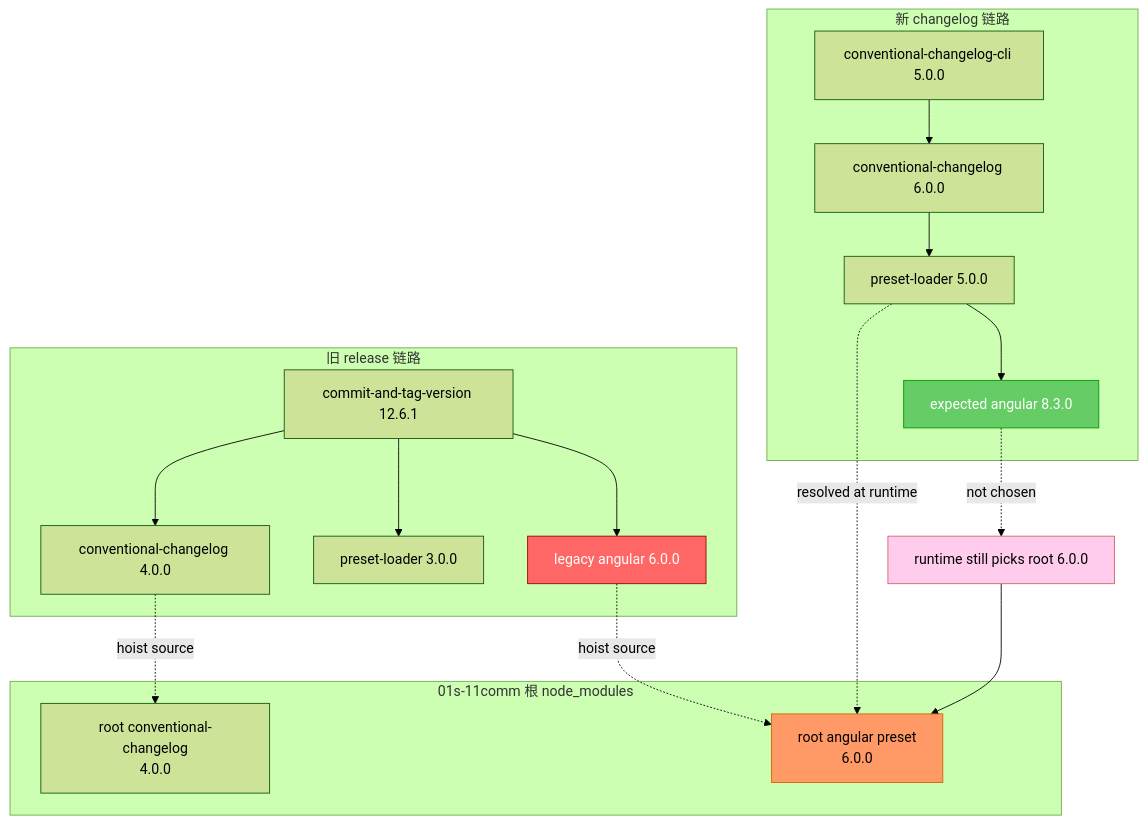
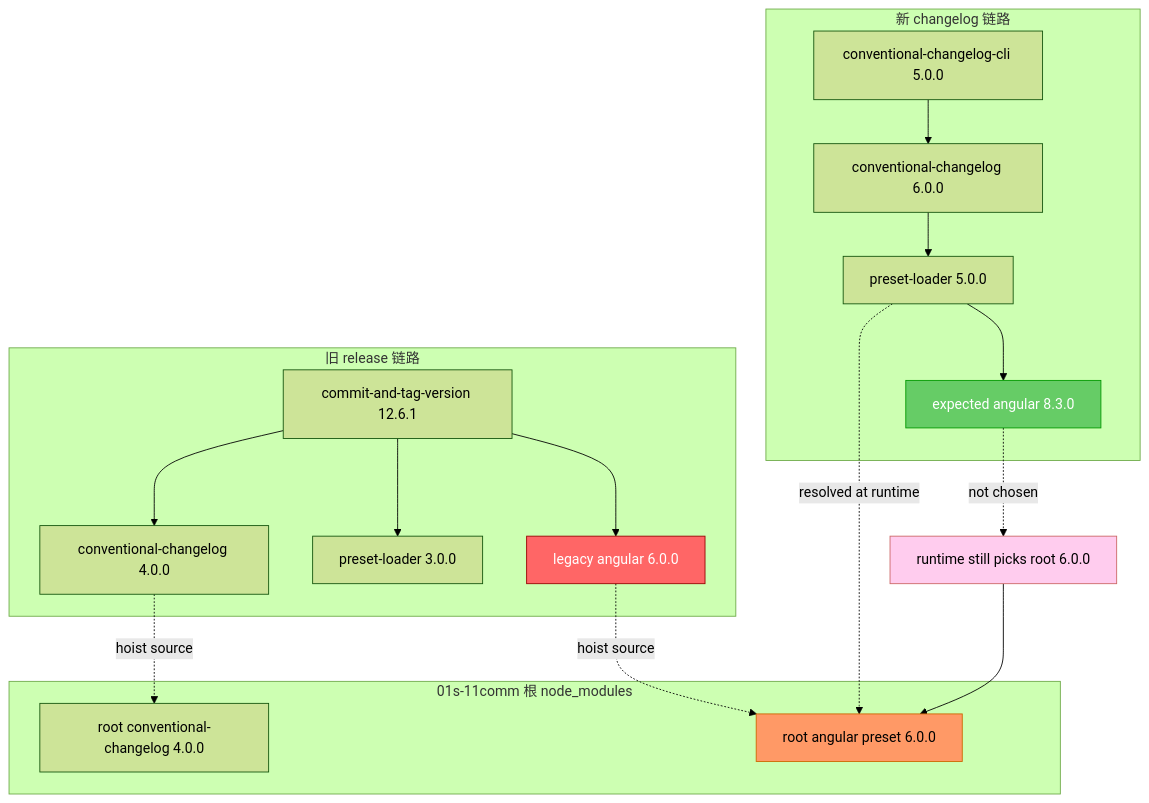
One commit to ruan-cat/notes changed the third of 6 diagrams in docs/ruan-cat-notes/docs/bug/026-fuck-commit-and-tag-version-2026-4-9/2026-04-09-conventional-changelog-angular-loader-analysis.md. Above: the diagram before and after it, drawn with Mermaid (forest theme). The commit also changed other lines of this file and 2 other files, not shown here.

Commit message:
🐞 fix(docs): 修复 mermaid/handlebars 代码块导致 VitePress 构建错误
根因：@leelaa/vitepress-plugin-extended 的 MermaidPlugin 用
encodeURIComponent 编码后通过 :content="decodeURIComponent('...')"
传值，但 encodeURIComponent 不编码单引号，导致 mermaid 源码中的
单引号截断了 JS 字符串字面量，Vue 编译器报错。
同时 mermaid 中的 <br/>、<b> 等 HTML 标签也会被 Vue 模板编译器
误解析。handlebars 代码块的 {{ 语法同理触发 Vue 编译错误。

修复方式：
- mermaid 块内：移除 <br/>（替换为空格）、<b>/<\/b>（直接去除）、
  单引号（替换为右单引号 \u2019）
- handlebars 块：降级为 text 语言标记，避免 Vue 编译

````diff
--- a/docs/ruan-cat-notes/docs/bug/026-fuck-commit-and-tag-version-2026-4-9/2026-04-09-conventional-changelog-angular-loader-analysis.md
+++ b/docs/ruan-cat-notes/docs/bug/026-fuck-commit-and-tag-version-2026-4-9/2026-04-09-conventional-changelog-angular-loader-analysis.md
@@ -192,36 +192,36 @@
 ```mermaid
 graph TB
     subgraph ROOT["01s-11comm 根 node_modules"]
-        R1A["root conventional-changelog<br/>4.0.0"]
-        R1B["root angular preset<br/>6.0.0"]
+        R1A["root conventional-changelog 4.0.0"]
+        R1B["root angular preset 6.0.0"]
     end
 
     subgraph NEW["新 changelog 链路"]
         N1A["conventional-changelog-cli 5.0.0"]
         N1B["conventional-changelog 6.0.0"]
         N1C["preset-loader 5.0.0"]
         N1D["expected angular 8.3.0"]
         N1A --> N1B --> N1C --> N1D
     end
 
     subgraph OLD["旧 release 链路"]
         O1A["commit-and-tag-version 12.6.1"]
         O1B["conventional-changelog 4.0.0"]
         O1C["preset-loader 3.0.0"]
         O1D["legacy angular 6.0.0"]
         O1A --> O1B
         O1A --> O1C
         O1A --> O1D
     end
 
     O1B -. "hoist source" .-> R1A
     O1D -. "hoist source" .-> R1B
     N1C -. "resolved at runtime" .-> R1B
     N1D -. "not chosen" .-> R1E["runtime still picks root 6.0.0"]
     R1E --> R1B
 
     style R1B fill:#f96,stroke:#c60
     style O1D fill:#f66,stroke:#900,color:#fff
     style N1D fill:#6c6,stroke:#090,color:#fff
     style R1E fill:#fce,stroke:#c66
 ```
````
